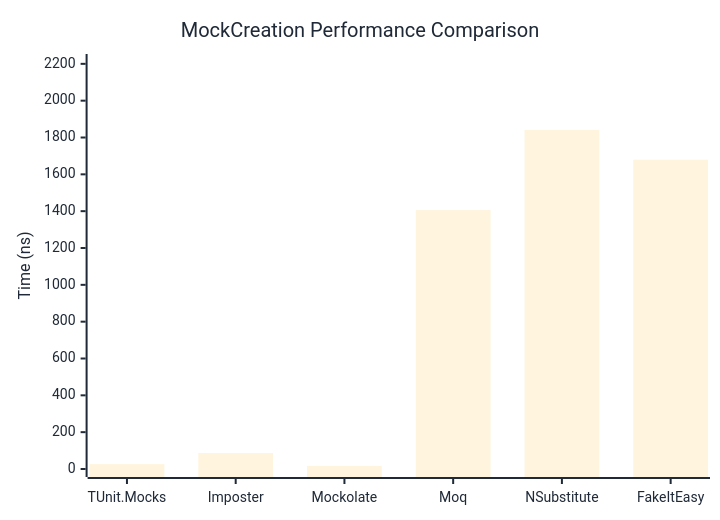
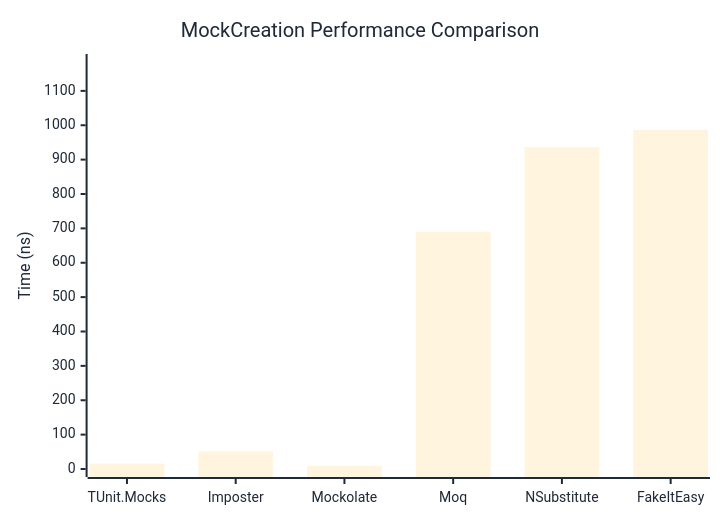
The first of 2 diagrams in docs/docs/benchmarks/mocks/MockCreation.md (thomhurst/TUnit), drawn with Mermaid before and after one commit. The commit also changed other lines of this file and 14 other files, not shown here.

````diff
--- a/docs/docs/benchmarks/mocks/MockCreation.md
+++ b/docs/docs/benchmarks/mocks/MockCreation.md
@@ -30,27 +30,27 @@
 ```mermaid
 %%{init: {
   'theme':'base',
   'themeVariables': {
     'primaryColor': '#2563eb',
     'primaryTextColor': '#1f2937',
     'primaryBorderColor': '#1e40af',
     'lineColor': '#6b7280',
     'secondaryColor': '#7c3aed',
     'tertiaryColor': '#dc2626',
     'background': '#ffffff',
     'pie1': '#2563eb',
     'pie2': '#7c3aed',
     'pie3': '#dc2626',
     'pie4': '#f59e0b',
     'pie5': '#10b981',
     'pie6': '#06b6d4',
     'pie7': '#ec4899',
     'pie8': '#6366f1'
   }
 }}%%
 xychart-beta
   title "MockCreation Performance Comparison"
   x-axis ["TUnit.Mocks", "Imposter", "Mockolate", "Moq", "NSubstitute", "FakeItEasy"]
-  y-axis "Time (ns)" 0 --> 2210
-  bar [26.53, 86.87, 16.84, 1405.92, 1841.61, 1679.42]
+  y-axis "Time (ns)" 0 --> 1184
+  bar [15.547, 50.74, 9.138, 690.357, 936.128, 986.398]
 ```
````
